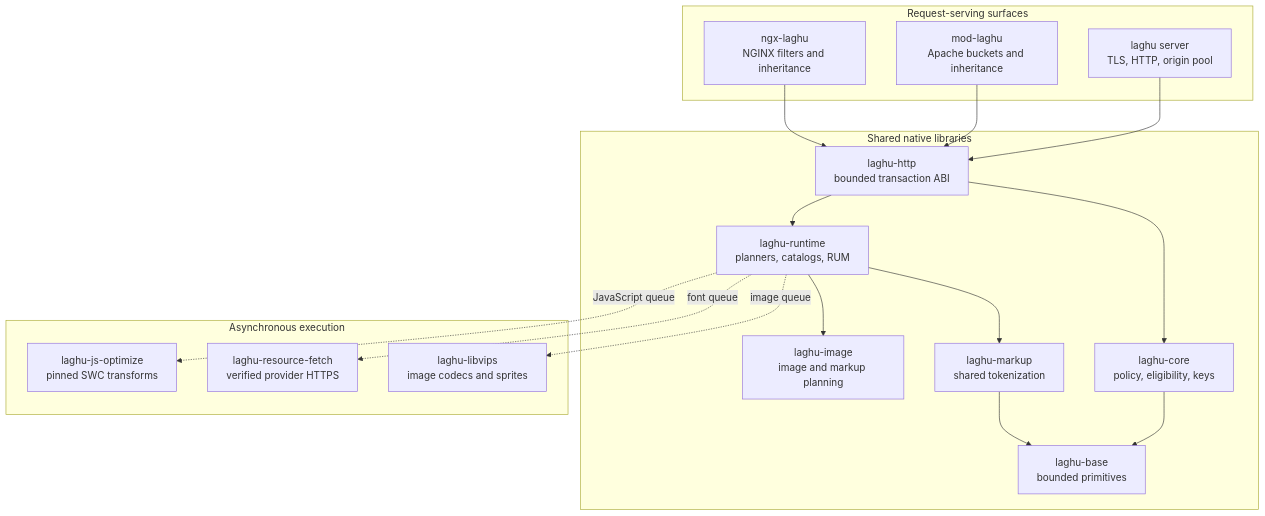
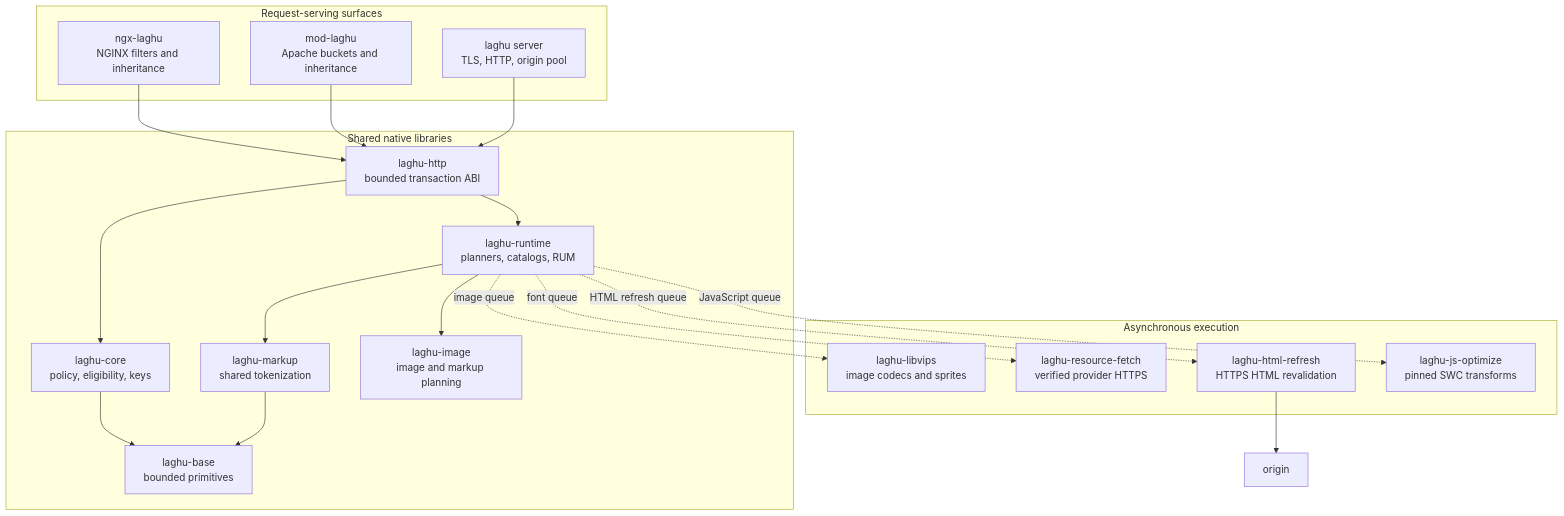
The second of 3 diagrams in docs/pages/02-architecture.md (Code-Vedas/laghu), drawn with Mermaid before and after one commit. The commit also changed other lines of this file and 72 other files, not shown here.

First line of the commit message:
Implement HTML refresh worker and integrate with proxy system

````diff
--- a/docs/pages/02-architecture.md
+++ b/docs/pages/02-architecture.md
@@ -51,36 +51,39 @@
 ```mermaid
 flowchart TB
   subgraph surfaces[Request-serving surfaces]
     nginx[ngx-laghu<br/>NGINX filters and inheritance]
     apache[mod-laghu<br/>Apache buckets and inheritance]
     proxy[laghu server<br/>TLS, HTTP, origin pool]
   end
 
   subgraph libraries[Shared native libraries]
     base[laghu-base<br/>bounded primitives]
     markup[laghu-markup<br/>shared tokenization]
     http[laghu-http<br/>bounded transaction ABI]
     core[laghu-core<br/>policy, eligibility, keys]
     runtime[laghu-runtime<br/>planners, catalogs, RUM]
     image[laghu-image<br/>image and markup planning]
   end
 
   subgraph async[Asynchronous execution]
     vips[laghu-libvips<br/>image codecs and sprites]
     fetch[laghu-resource-fetch<br/>verified provider HTTPS]
+    refresh[laghu-html-refresh<br/>HTTPS HTML revalidation]
     swc[laghu-js-optimize<br/>pinned SWC transforms]
   end
 
   nginx --> http
   apache --> http
   proxy --> http
   http --> core
   http --> runtime
   core --> base
   markup --> base
   runtime --> markup
   runtime --> image
   runtime -. image queue .-> vips
   runtime -. font queue .-> fetch
+  runtime -. HTML refresh queue .-> refresh
+  refresh --> origin
   runtime -. JavaScript queue .-> swc
 ```
````
